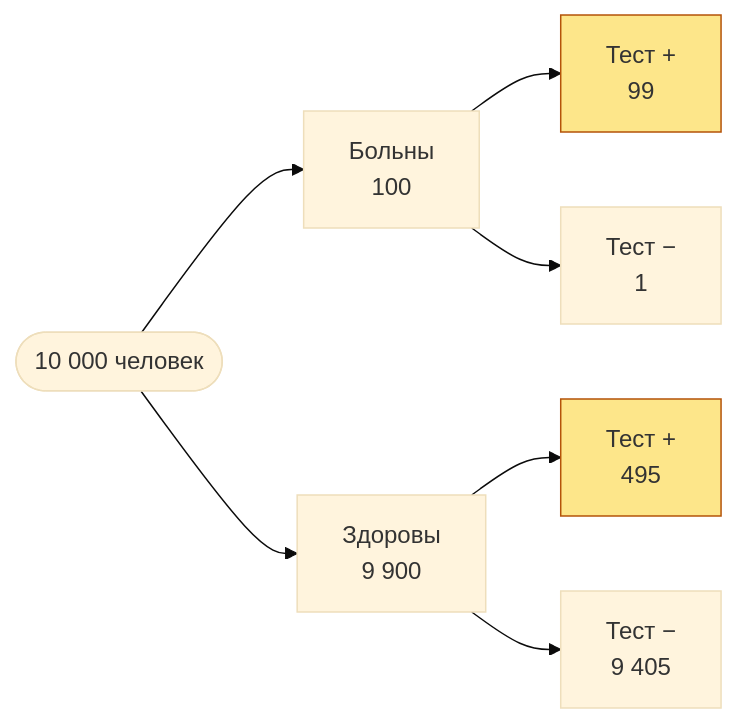
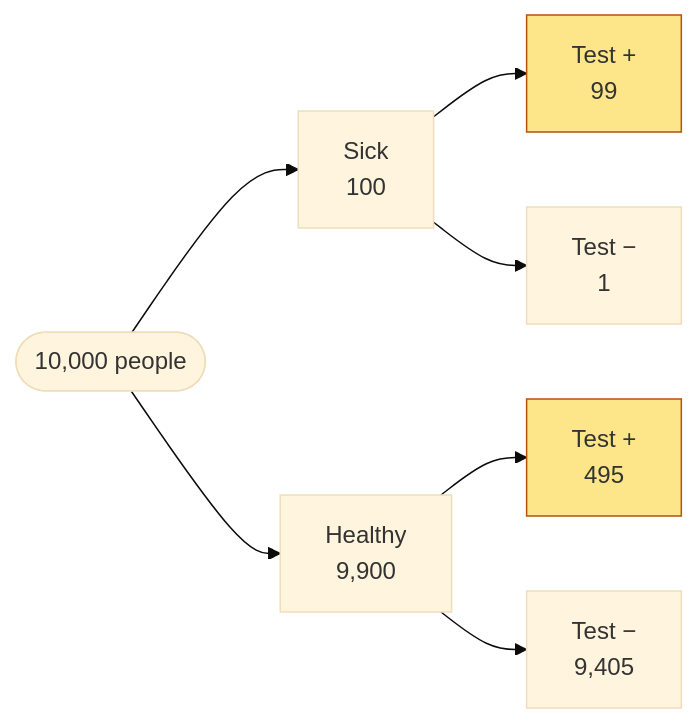
One commit to Kseen715/md2pdfX changed the third of 3 diagrams in examples/science.md. Above: the diagram before and after it, drawn with Mermaid (base theme). The commit also changed other lines of this file and 25 other files, not shown here.

````diff
--- a/examples/science.md
+++ b/examples/science.md
@@ -131,9 +132,9 @@
 ```mermaid
 flowchart LR
-    A(["10 000 человек"]) --> S["Больны<br/>100"] & H["Здоровы<br/>9 900"]
-    S --> SP["Тест +<br/>99"]:::pos
-    S --> SN["Тест −<br/>1"]
-    H --> HP["Тест +<br/>495"]:::pos
-    H --> HN["Тест −<br/>9 405"]
+    A(["10,000 people"]) --> S["Sick<br/>100"] & H["Healthy<br/>9,900"]
+    S --> SP["Test +<br/>99"]:::pos
+    S --> SN["Test −<br/>1"]
+    H --> HP["Test +<br/>495"]:::pos
+    H --> HN["Test −<br/>9,405"]
     classDef pos fill:#fde68a,stroke:#b45309
 ```
````
